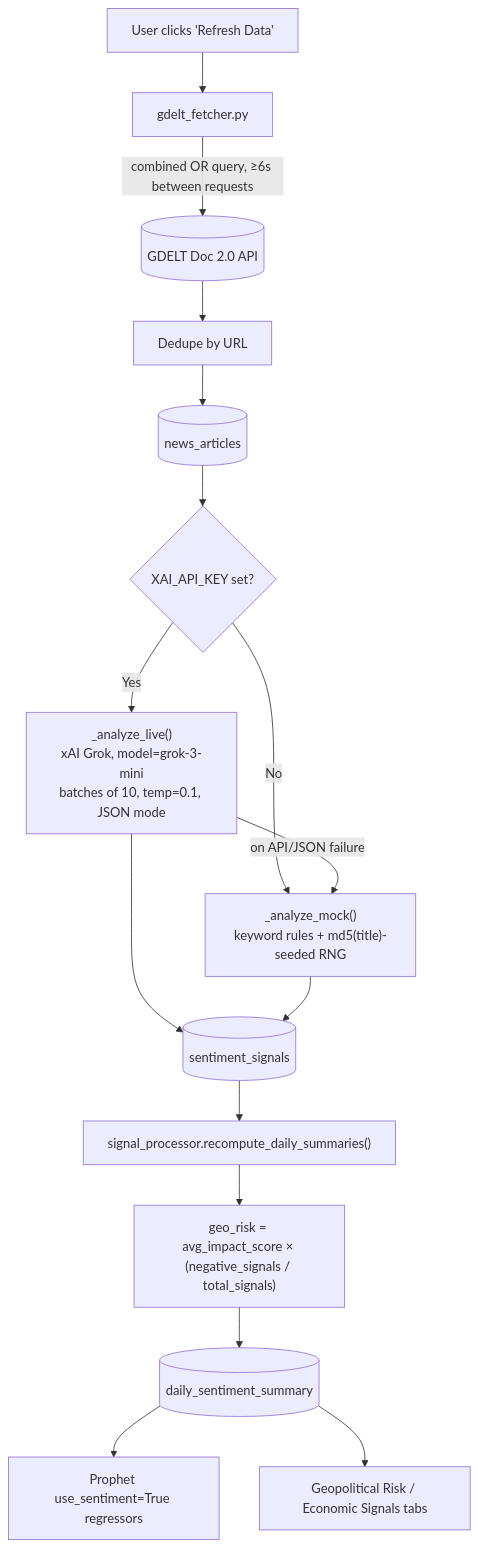
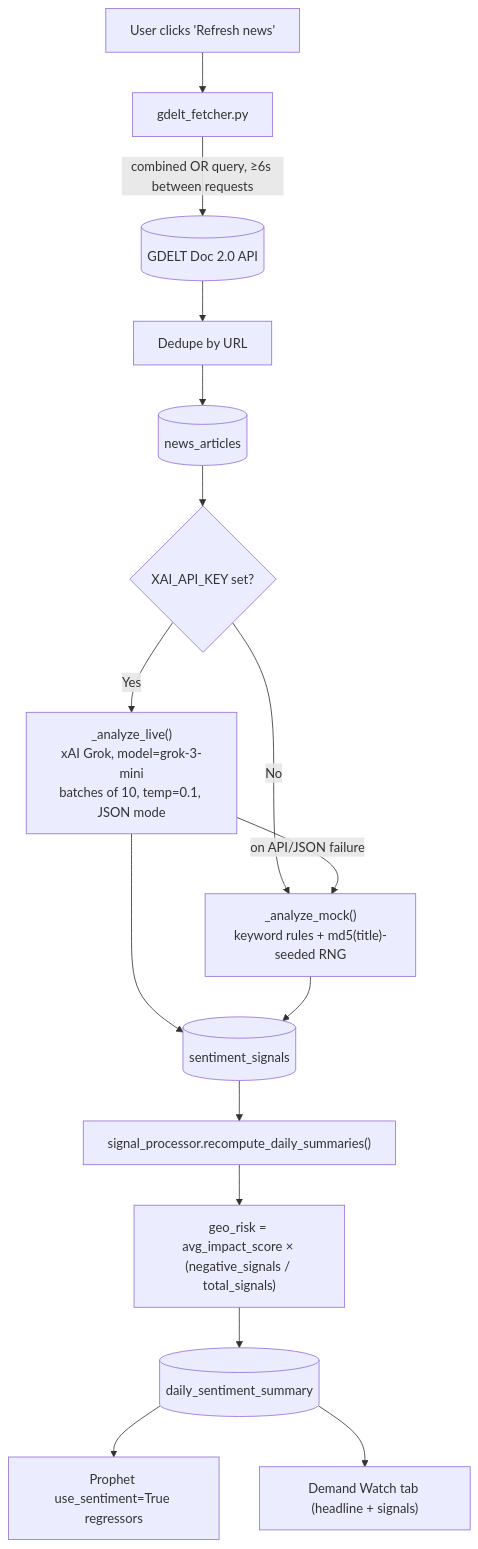
One commit to pushpalhedau/Demand-Prediction changed the sixth of 6 diagrams in TECHNICAL_DOCUMENTATION.md. Above: the diagram before and after it, drawn with Mermaid. The commit also changed other lines of this file and 62 other files, not shown here.

````diff
--- a/TECHNICAL_DOCUMENTATION.md
+++ b/TECHNICAL_DOCUMENTATION.md
@@ -504,17 +526,17 @@
 ```mermaid
 flowchart TB
-    Start["User clicks 'Refresh Data'"] --> Fetch["gdelt_fetcher.py"]
+    Start["User clicks 'Refresh news'"] --> Fetch["gdelt_fetcher.py"]
     Fetch -->|"combined OR query, ≥6s between requests"| GDELT[("GDELT Doc 2.0 API")]
     GDELT --> Dedup["Dedupe by URL"] --> Save[("news_articles")]
     Save --> Check{"XAI_API_KEY set?"}
     Check -->|Yes| Live["_analyze_live()<br/>xAI Grok, model=grok-3-mini<br/>batches of 10, temp=0.1, JSON mode"]
     Check -->|No| Mock["_analyze_mock()<br/>keyword rules + md5(title)-seeded RNG"]
     Live -->|"on API/JSON failure"| Mock
     Live --> Signals[("sentiment_signals")]
     Mock --> Signals
     Signals --> Agg["signal_processor.recompute_daily_summaries()"]
     Agg --> Formula["geo_risk = avg_impact_score × (negative_signals / total_signals)"]
     Formula --> Summary[("daily_sentiment_summary")]
     Summary --> Prophet["Prophet use_sentiment=True regressors"]
-    Summary --> Tabs["Geopolitical Risk / Economic Signals tabs"]
+    Summary --> Tabs["Demand Watch tab (headline + signals)"]
 ```
````
